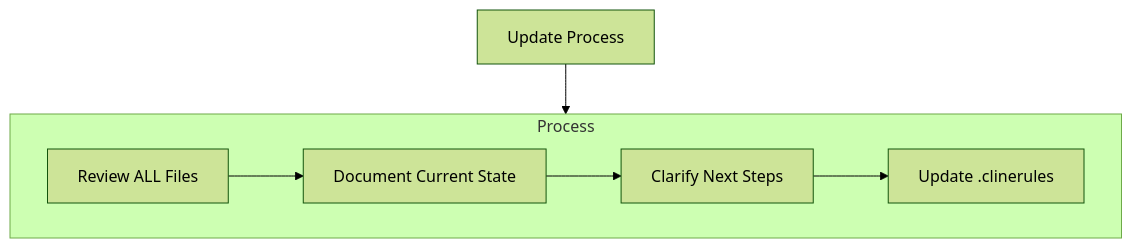
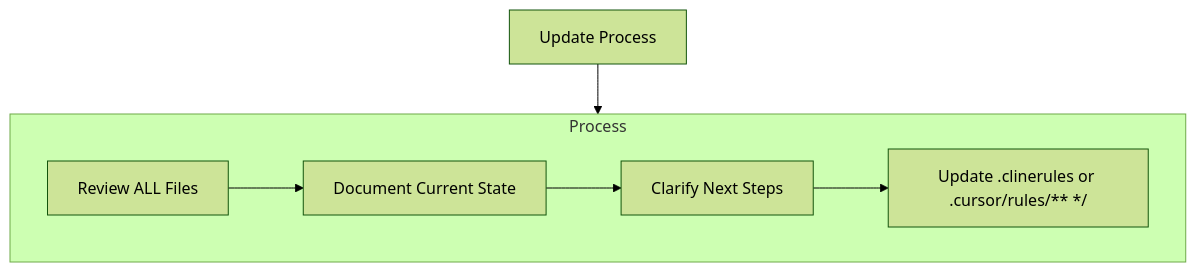
Before and after one commit to cityjson/flatcitybuf: the third of 4 diagrams in .cursor/rules/general.mdc, drawn with Mermaid (forest theme). The commit also changed other lines of this file and 8 other files, not shown here.

````diff
--- a/.cursor/rules/general.mdc
+++ b/.cursor/rules/general.mdc
@@ -115,15 +85,15 @@
 ```mermaid
 flowchart TD
     Start[Update Process]
 
     subgraph Process
         P1[Review ALL Files]
         P2[Document Current State]
         P3[Clarify Next Steps]
-        P4[Update .clinerules]
+        P4[Update .clinerules or .cursor/rules/** */]
 
         P1 --> P2 --> P3 --> P4
     end
 
     Start --> Process
 ```
````
